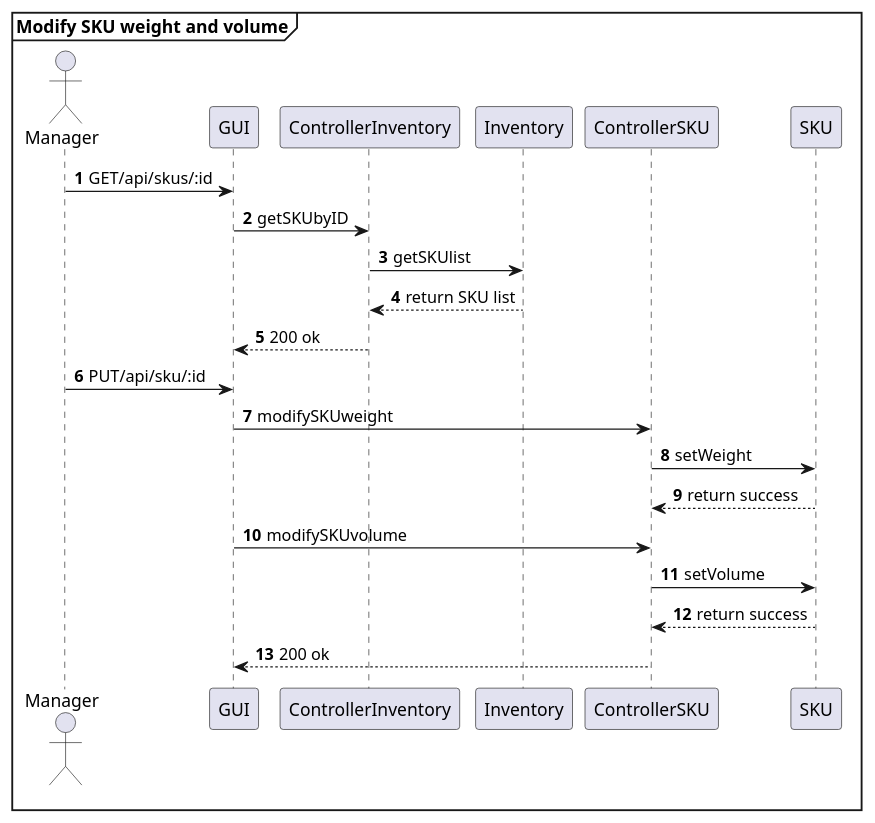
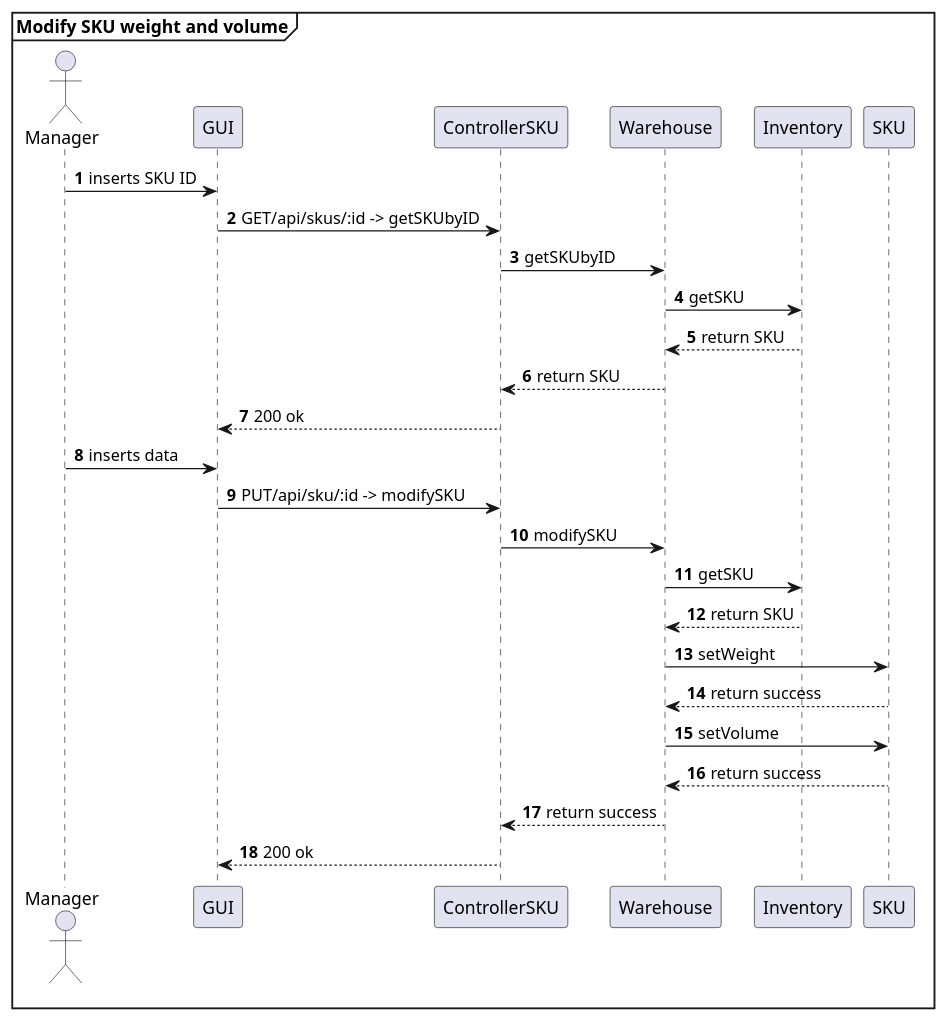
One commit to AlexZampa/EzWh changed the fifth of 29 diagrams in DesignDocument.md. Above: the diagram before and after it, drawn with PlantUML. The commit also changed other lines of this file, not shown here.

````diff
--- a/DesignDocument.md
+++ b/DesignDocument.md
@@ -555,27 +563,32 @@
 ```plantuml
 mainframe **Modify SKU weight and volume**
 actor Manager
 participant GUI
-participant ControllerInventory
+participant ControllerSKU
+participant Warehouse
 participant Inventory
-participant ControllerSKU
 participant SKU
 
 autonumber
-Manager -> GUI : GET/api/skus/:id
-GUI -> ControllerInventory : getSKUbyID
-ControllerInventory -> Inventory : getSKUlist
-ControllerInventory <-- Inventory : return SKU list
-GUI <-- ControllerInventory : 200 ok
+Manager -> GUI : inserts SKU ID
+GUI -> ControllerSKU :  GET/api/skus/:id -> getSKUbyID
+ControllerSKU -> Warehouse : getSKUbyID
+Warehouse -> Inventory : getSKU
+Warehouse <-- Inventory : return SKU
+ControllerSKU <-- Warehouse : return SKU
+GUI <-- ControllerSKU : 200 ok
 
-Manager -> GUI : PUT/api/sku/:id
-GUI -> ControllerSKU : modifySKUweight
-ControllerSKU -> SKU : setWeight
-ControllerSKU <-- SKU : return success
-GUI -> ControllerSKU : modifySKUvolume
-ControllerSKU -> SKU : setVolume
-ControllerSKU <-- SKU : return success
+Manager -> GUI : inserts data
+GUI -> ControllerSKU : PUT/api/sku/:id -> modifySKU
+ControllerSKU -> Warehouse : modifySKU
+Warehouse -> Inventory : getSKU
+Warehouse <-- Inventory : return SKU
+Warehouse -> SKU : setWeight
+Warehouse <-- SKU : return success
+Warehouse -> SKU : setVolume
+Warehouse <-- SKU : return success
+ControllerSKU <-- Warehouse : return success
 GUI <-- ControllerSKU : 200 ok
 
 @enduml
 ```
````
